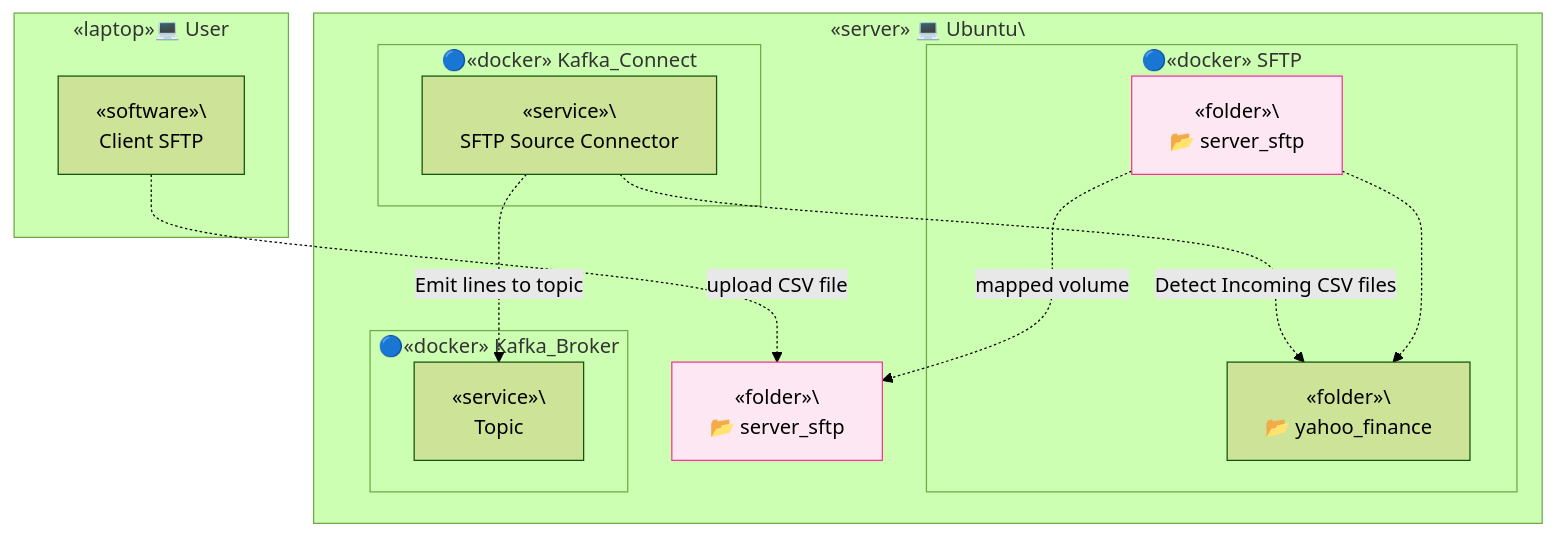
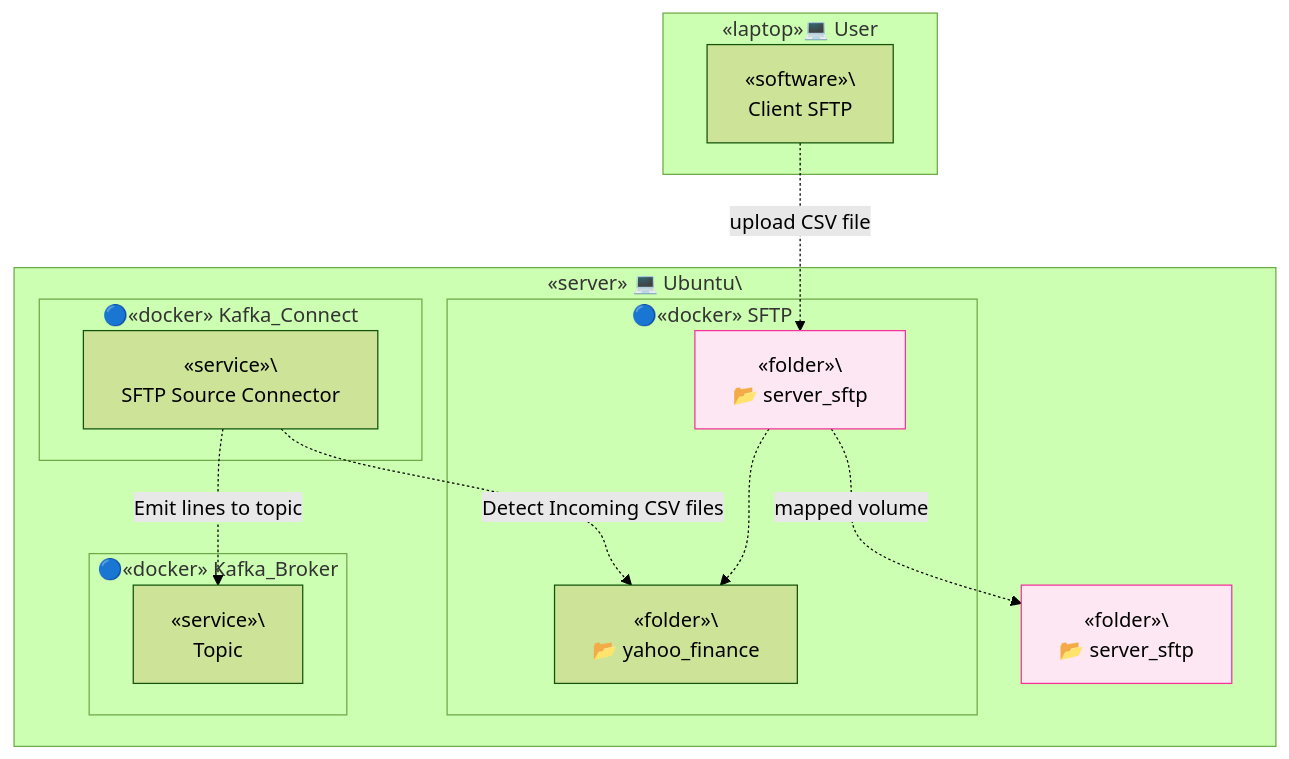
One commit to TrulyDigital/DATA_STREET changed the fifth of 5 diagrams in server_sftp/README.md. Above: the diagram before and after it, drawn with Mermaid (forest theme).

Commit message:
feat: server-sftp update config yaml

````diff
--- a/server_sftp/README.md
+++ b/server_sftp/README.md
@@ -96,34 +96,34 @@
 ```mermaid
 graph TD
     subgraph Container_E [«laptop»💻 User]
         E1[«software»\<br> Client SFTP]
     end
 
     subgraph Container_A [«server» 💻 Ubuntu\<br/>]
         A1[«folder»\<br/> 📂 server_sftp]
         A1:::note_a1
 
         subgraph Container_B [🔵«docker» SFTP]
             B1[«folder»\<br/> 📂 server_sftp]
             B1:::note_b1
             B2[«folder»\<br/> 📂 yahoo_finance]
         end
 
         subgraph Container_C [🔵«docker» Kafka_Connect]
             C1[«service»\<br/> SFTP Source Connector]
         end
 
         subgraph Container_D [🔵«docker» Kafka_Broker]
             D1[«service»\<br/> Topic]
         end 
     end
 
-    E1 -. upload CSV file .-> A1
+    E1 -. upload CSV file .-> B1
     B1 -. mapped volume .-> A1
     B1 -.-> B2
     C1 -. Detect Incoming CSV files .-> B2
     C1 -. Emit lines to topic .-> D1
 
     classDef note_a1 fill:#fce7f3,stroke:#f6339a,stroke-width:1px;
     classDef note_b1 fill:#fce7f3,stroke:#f6339a,stroke-width:1px;
 ```
````
